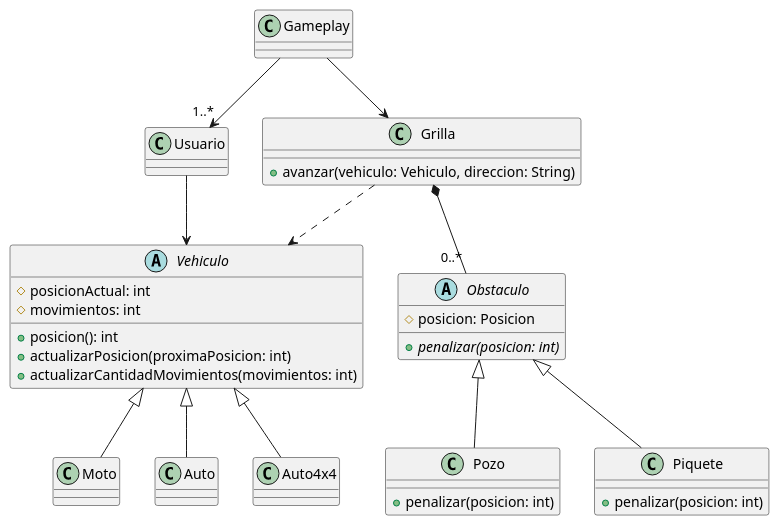
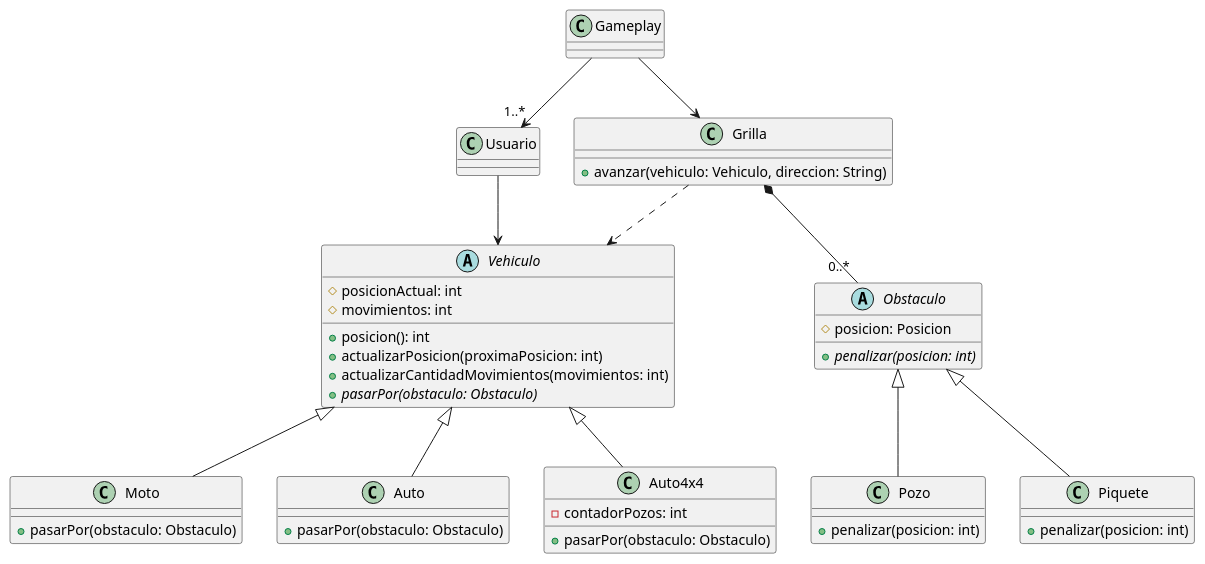
One commit to Dolo-pavon01/gpsChallenge changed the diagram in diagrams/classes/dc.plantuml. Above: the diagram before and after it, drawn with PlantUML. The commit also changed 3 other files, not shown here.

```diff
--- a/diagrams/classes/dc.plantuml
+++ b/diagrams/classes/dc.plantuml
@@ -1,47 +1,59 @@
 @startuml
 
 class Gameplay {}
 
 class Grilla {
     + avanzar(vehiculo: Vehiculo, direccion: String)
 }
 
 class Usuario {}
 
 abstract class Vehiculo {
     # posicionActual: int
     # movimientos: int
     + posicion(): int
     + actualizarPosicion(proximaPosicion: int)
     + actualizarCantidadMovimientos(movimientos: int)
+    + {abstract} pasarPor(obstaculo: Obstaculo)
 }
 
-class Moto {}
+class Moto {
+    + pasarPor(obstaculo: Obstaculo)
+}
+
+class Auto {
+    + pasarPor(obstaculo: Obstaculo)
+}
+
+class Auto4x4 {
+    - contadorPozos: int
+    + pasarPor(obstaculo: Obstaculo)
+}
 
 abstract class Obstaculo {
     # posicion: Posicion
     + {abstract} penalizar(posicion: int)
 }
 
 class Pozo {
     + penalizar(posicion: int)
 }
 
 class Piquete {
     + penalizar(posicion: int)
 }
 
 Gameplay --> Grilla
 Usuario --> Vehiculo
 
 Gameplay --> "1..*" Usuario
 Grilla ..> Vehiculo
 Grilla *-- "0..*" Obstaculo
 Vehiculo <|-- Moto
 Vehiculo <|-- Auto
 Vehiculo <|-- Auto4x4
 
 Obstaculo <|-- Pozo
 Obstaculo <|-- Piquete
 
 @enduml
```
